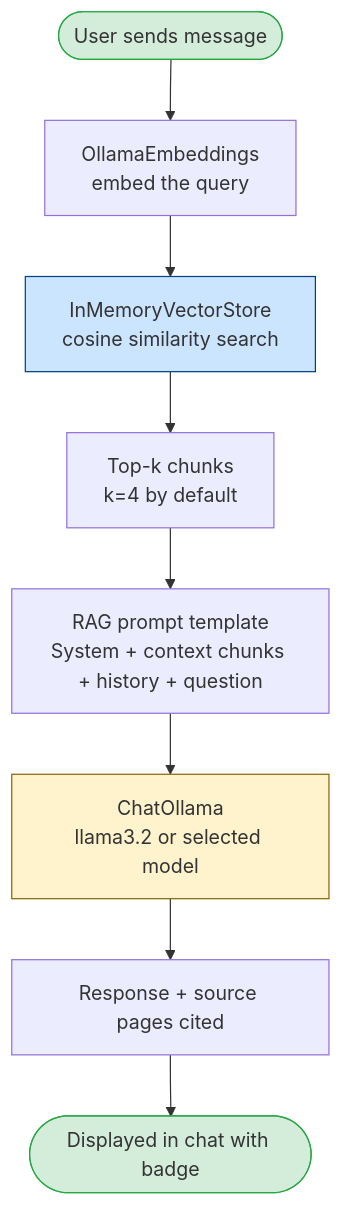
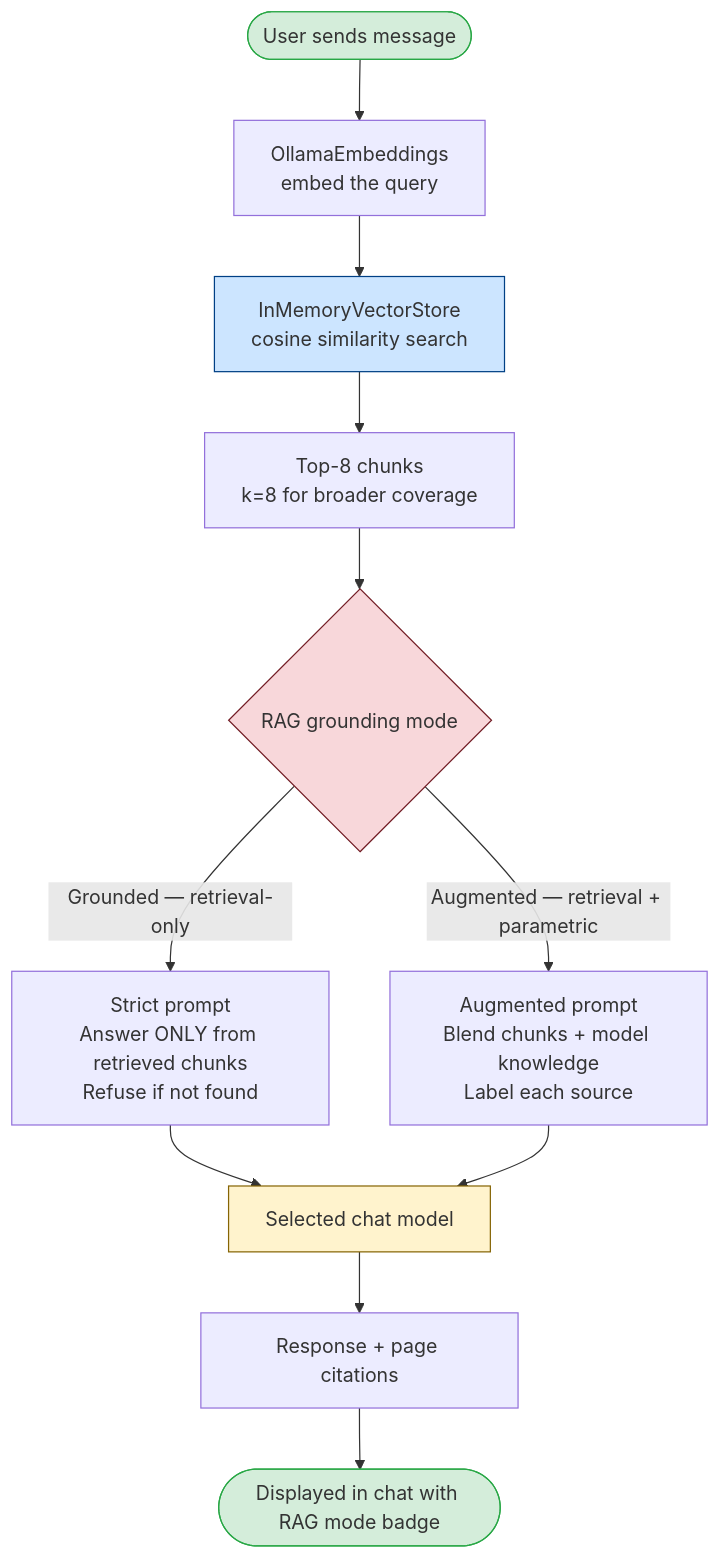
One commit to ramprasathsampathkumar/chat-sandbox changed the second of 4 diagrams in ARCHITECTURE.md. Above: the diagram before and after it, drawn with Mermaid. The commit also changed other lines of this file and 2 other files, not shown here.

````diff
--- a/ARCHITECTURE.md
+++ b/ARCHITECTURE.md
@@ -50,15 +50,19 @@
 ```mermaid
 flowchart TD
     A([User sends message]) --> B[OllamaEmbeddings\nembed the query]
     B --> C[InMemoryVectorStore\ncosine similarity search]
-    C --> D[Top-k chunks\nk=4 by default]
-    D --> E[RAG prompt template\nSystem + context chunks + history + question]
-    E --> F[ChatOllama\nllama3.2 or selected model]
-    F --> G[Response + source pages cited]
-    G --> H([Displayed in chat with badge])
+    C --> D[Top-8 chunks\nk=8 for broader coverage]
+    D --> E{RAG grounding mode}
+    E -->|Grounded — retrieval-only| F1[Strict prompt\nAnswer ONLY from retrieved chunks\nRefuse if not found]
+    E -->|Augmented — retrieval + parametric| F2[Augmented prompt\nBlend chunks + model knowledge\nLabel each source]
+    F1 --> G[Selected chat model]
+    F2 --> G
+    G --> H[Response + page citations]
+    H --> I([Displayed in chat with RAG mode badge])
 
     style A fill:#d4edda,stroke:#28a745
-    style H fill:#d4edda,stroke:#28a745
+    style I fill:#d4edda,stroke:#28a745
     style C fill:#cce5ff,stroke:#004085
-    style F fill:#fff3cd,stroke:#856404
+    style G fill:#fff3cd,stroke:#856404
+    style E fill:#f8d7da,stroke:#721c24
 ```
````
